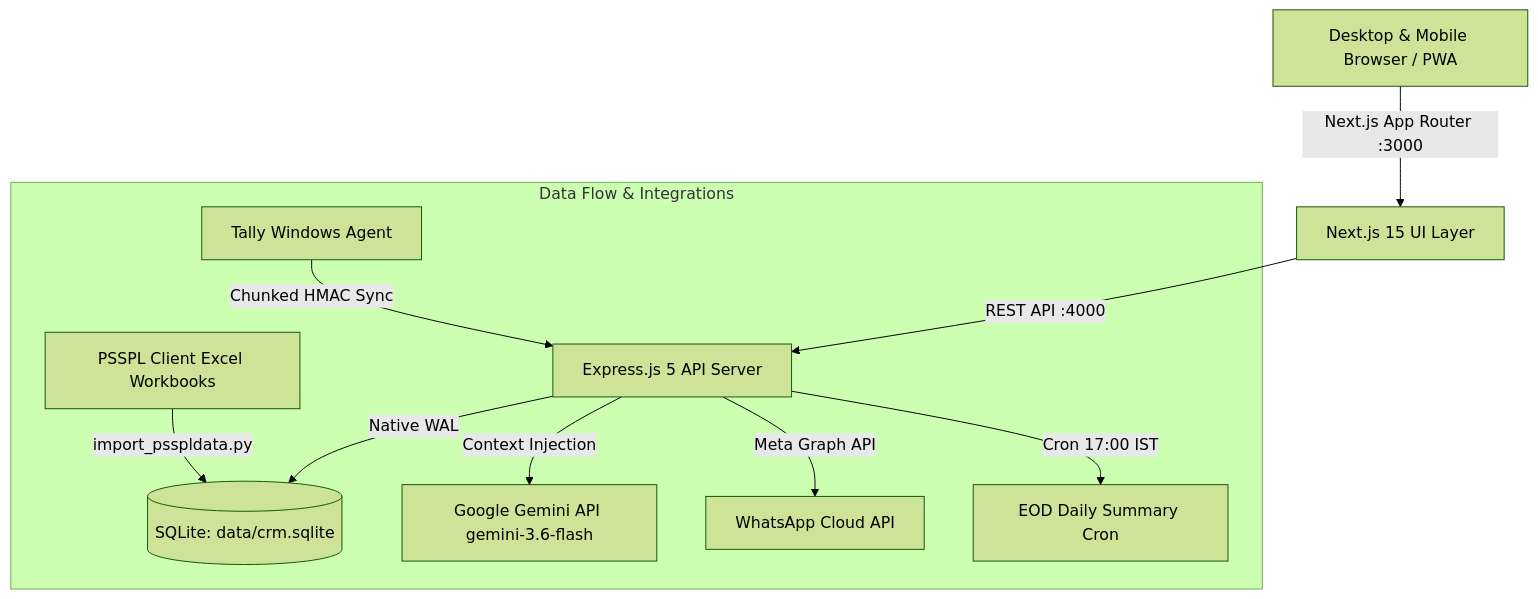
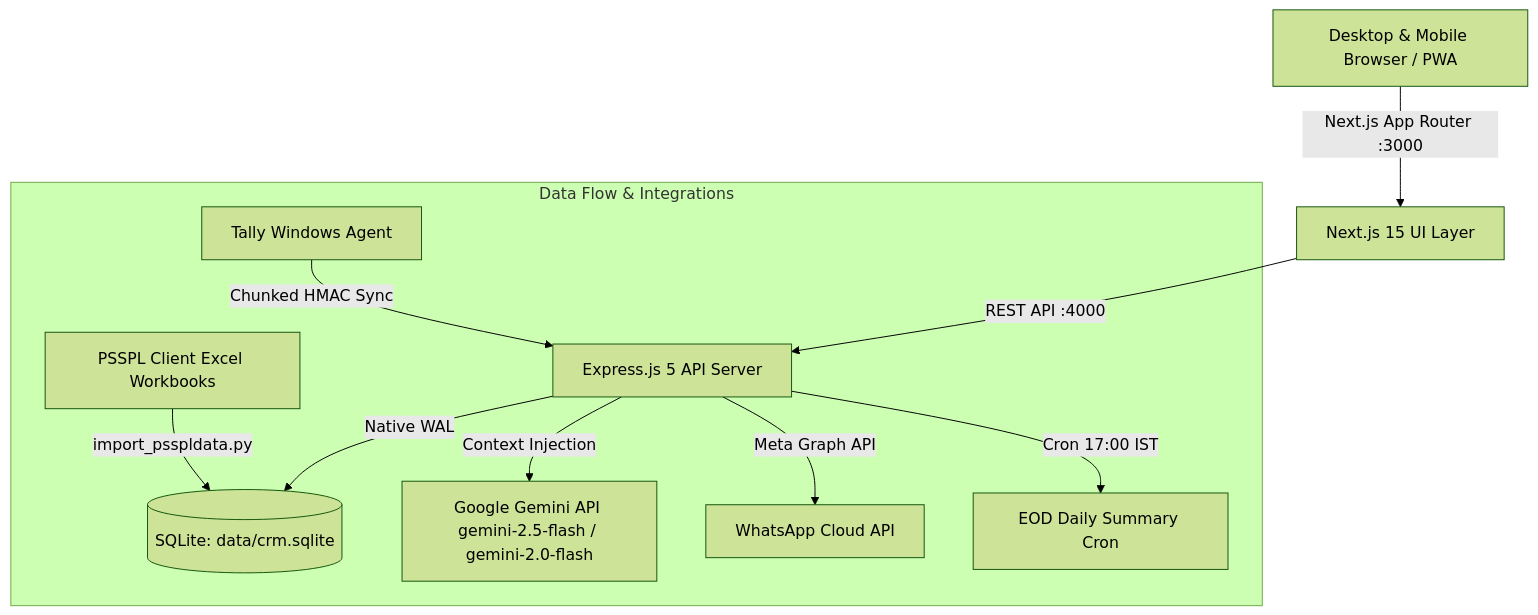
The diagram in ARCHITECTURE.md (DeepakSingh-gh/psspl), drawn with Mermaid (forest theme) before and after one commit. The commit also changed other lines of this file and 33 other files, not shown here.

````diff
--- a/ARCHITECTURE.md
+++ b/ARCHITECTURE.md
@@ -9,14 +9,14 @@
 ```mermaid
 graph TD
     ClientBrowser[Desktop & Mobile Browser / PWA] -->|Next.js App Router :3000| Frontend[Next.js 15 UI Layer]
     Frontend -->|REST API :4000| Backend[Express.js 5 API Server]
     Backend -->|Native WAL| DB[(SQLite: data/crm.sqlite)]
     
     subgraph Data Flow & Integrations
-        Backend -->|Context Injection| Gemini[Google Gemini API gemini-3.6-flash]
+        Backend -->|Context Injection| Gemini[Google Gemini API gemini-2.5-flash / gemini-2.0-flash]
         Backend -->|Meta Graph API| WhatsApp[WhatsApp Cloud API]
         Backend -->|Cron 17:00 IST| EODService[EOD Daily Summary Cron]
         TallyAgent[Tally Windows Agent] -->|Chunked HMAC Sync| Backend
         ExcelWorkbooks[PSSPL Client Excel Workbooks] -->|import_psspldata.py| DB
     end
 ```
````
